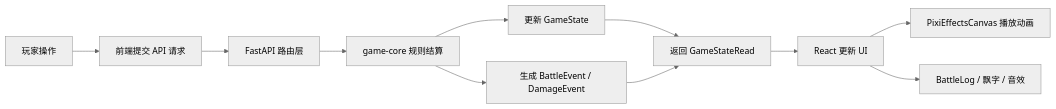
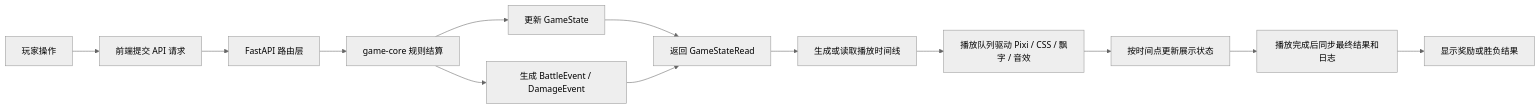
Before and after one commit to Mannix167/turn-based-battle-engine: the second of 3 diagrams in README.md, drawn with Mermaid (neutral theme). The commit also changed other lines of this file and 91 other files, not shown here.

````diff
--- a/README.md
+++ b/README.md
@@ -104,13 +114,15 @@
 ```mermaid
 flowchart LR
     A[玩家操作] --> B[前端提交 API 请求]
     B --> C[FastAPI 路由层]
     C --> D[game-core 规则结算]
     D --> E[更新 GameState]
     D --> F[生成 BattleEvent / DamageEvent]
     E --> G[返回 GameStateRead]
     F --> G
-    G --> H[React 更新 UI]
-    H --> I[PixiEffectsCanvas 播放动画]
-    H --> J[BattleLog / 飘字 / 音效]
+    G --> H[生成或读取播放时间线]
+    H --> I[播放队列驱动 Pixi / CSS / 飘字 / 音效]
+    I --> J[按时间点更新展示状态]
+    J --> K[播放完成后同步最终结果和日志]
+    K --> L[显示奖励或胜负结果]
 ```
````
